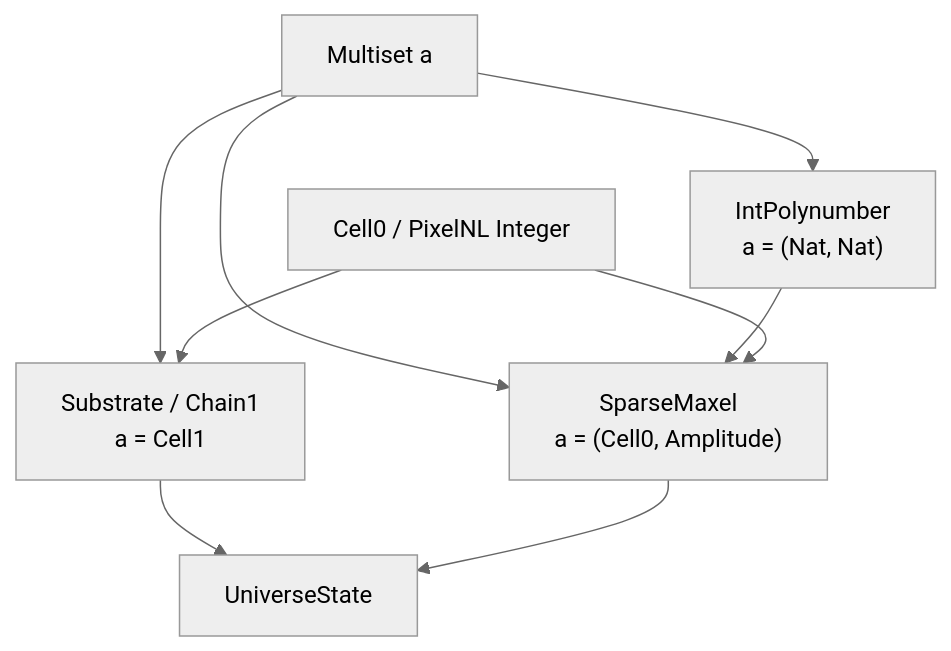
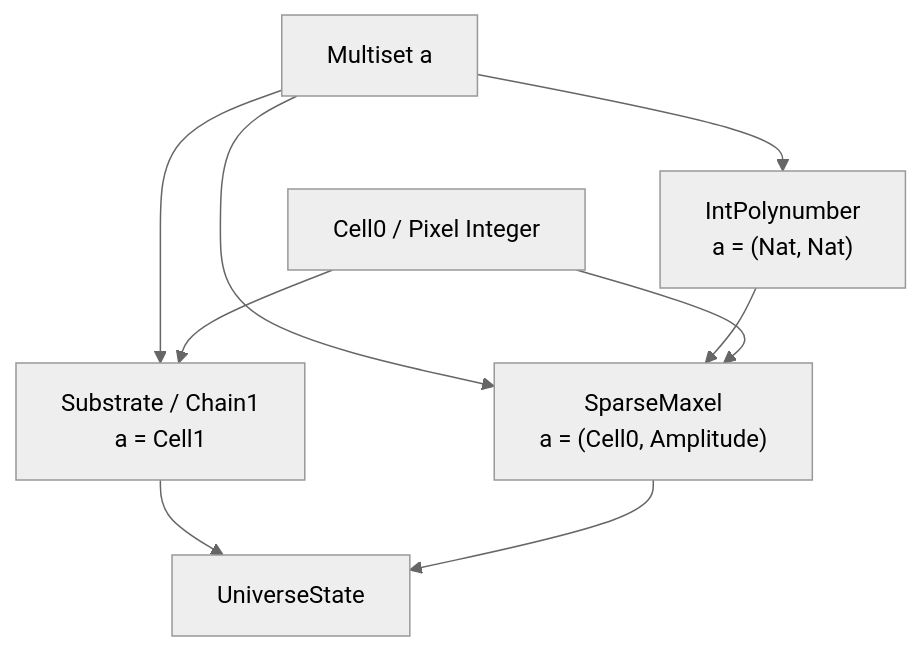
Before and after one commit to justinkelly-ie/Finite-Science: the diagram in Library/Wiki/Maths/Types.md, drawn with Mermaid (neutral theme). The commit also changed other lines of this file and 226 other files, not shown here.

Commit message:
Refactor: Unified Multiset architecture, moved tests to Executable Documentation, removed deprecated packages, established Simplicial Architecture

````diff
--- a/Library/Wiki/Maths/Types.md
+++ b/Library/Wiki/Maths/Types.md
@@ -159,13 +159,13 @@
 ```mermaid
 graph TD
     A[Multiset a] --> B["IntPolynumber<br/>a = (Nat, Nat)"]
     A --> C["Substrate / Chain1<br/>a = Cell1"]
     A --> D["SparseMaxel<br/>a = (Cell0, Amplitude)"]
     
     B --> D
     C --> E[UniverseState]
     D --> E
     
-    F[Cell0 / PixelNL Integer] --> C
+    F[Cell0 / Pixel Integer] --> C
     F --> D
 ```
````
